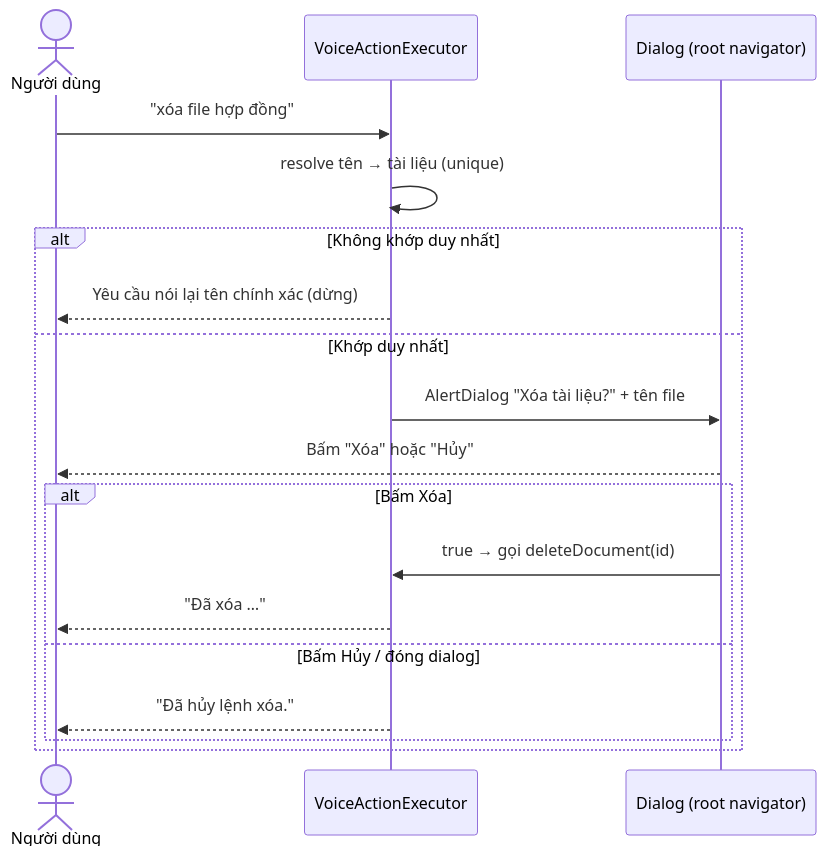
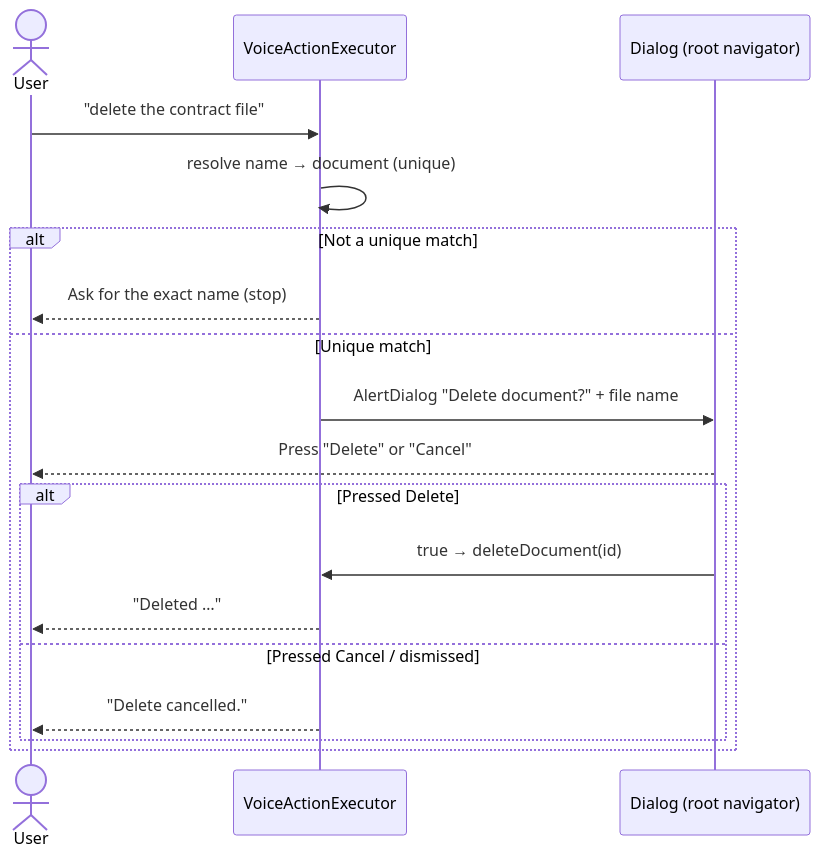
Before and after one commit to VuHoangGit/testss: the fifth of 6 diagrams in docs/voice-flows.md, drawn with Mermaid. The commit also changed other lines of this file and 63 other files, not shown here.

````diff
--- a/docs/voice-flows.md
+++ b/docs/voice-flows.md
@@ -84,21 +86,21 @@
 ```mermaid
 sequenceDiagram
-    actor U as Người dùng
+    actor U as User
     participant EXE as VoiceActionExecutor
     participant DLG as Dialog (root navigator)
 
-    U->>EXE: "xóa file hợp đồng"
-    EXE->>EXE: resolve tên → tài liệu (unique)
-    alt Không khớp duy nhất
-        EXE-->>U: Yêu cầu nói lại tên chính xác (dừng)
-    else Khớp duy nhất
-        EXE->>DLG: AlertDialog "Xóa tài liệu?" + tên file
-        DLG-->>U: Bấm "Xóa" hoặc "Hủy"
-        alt Bấm Xóa
-            DLG->>EXE: true → gọi deleteDocument(id)
-            EXE-->>U: "Đã xóa …"
-        else Bấm Hủy / đóng dialog
-            EXE-->>U: "Đã hủy lệnh xóa."
+    U->>EXE: "delete the contract file"
+    EXE->>EXE: resolve name → document (unique)
+    alt Not a unique match
+        EXE-->>U: Ask for the exact name (stop)
+    else Unique match
+        EXE->>DLG: AlertDialog "Delete document?" + file name
+        DLG-->>U: Press "Delete" or "Cancel"
+        alt Pressed Delete
+            DLG->>EXE: true → deleteDocument(id)
+            EXE-->>U: "Deleted …"
+        else Pressed Cancel / dismissed
+            EXE-->>U: "Delete cancelled."
         end
     end
 ```
````
